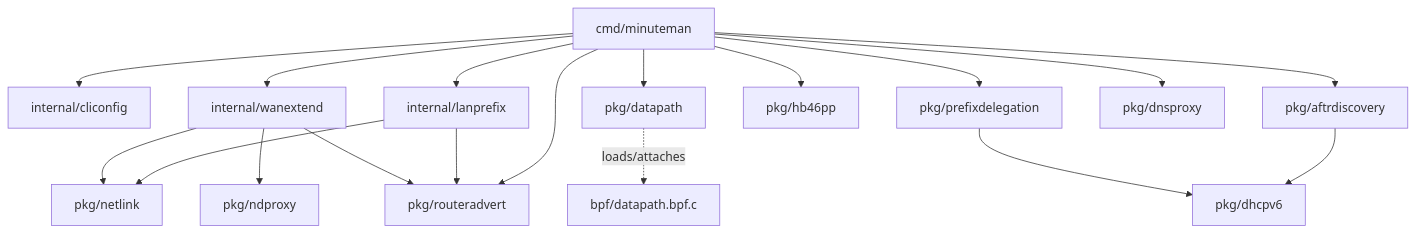
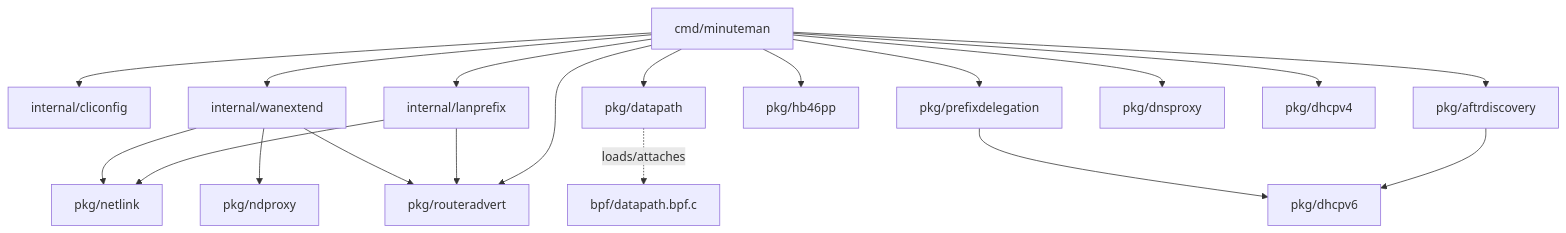
The second of 2 diagrams in README.md (shun159/minuteman), drawn with Mermaid before and after one commit. The commit also changed other lines of this file and 20 other files, not shown here.

````diff
--- a/README.md
+++ b/README.md
@@ -152,26 +169,27 @@
 ```mermaid
 graph TD
     CLI["cmd/minuteman"]
 
     CLI --> cliconfig["internal/cliconfig"]
     CLI --> lanprefix["internal/lanprefix"]
     CLI --> wanextend["internal/wanextend"]
     CLI --> datapath["pkg/datapath"]
     CLI --> aftrdiscovery["pkg/aftrdiscovery"]
     CLI --> hb46pp["pkg/hb46pp"]
     CLI --> prefixdelegation["pkg/prefixdelegation"]
     CLI --> routeradvert["pkg/routeradvert"]
     CLI --> dnsproxy["pkg/dnsproxy"]
+    CLI --> dhcpv4["pkg/dhcpv4"]
 
     lanprefix --> netlink["pkg/netlink"]
     lanprefix --> routeradvert
 
     wanextend --> ndproxy["pkg/ndproxy"]
     wanextend --> netlink
     wanextend --> routeradvert
 
     aftrdiscovery --> dhcpv6["pkg/dhcpv6"]
     prefixdelegation --> dhcpv6
 
     datapath -. loads/attaches .-> xdp["bpf/datapath.bpf.c"]
 ```
````
